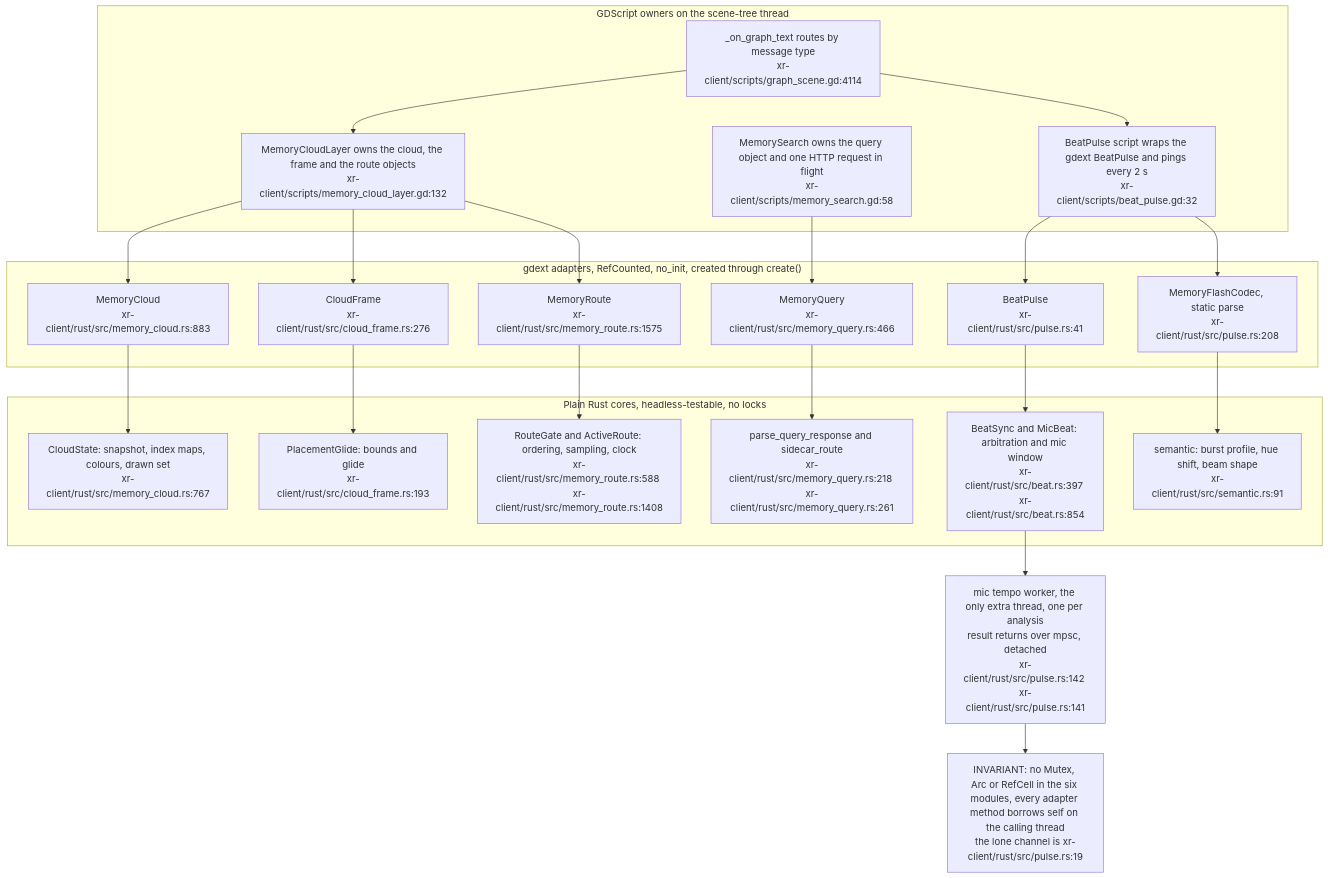
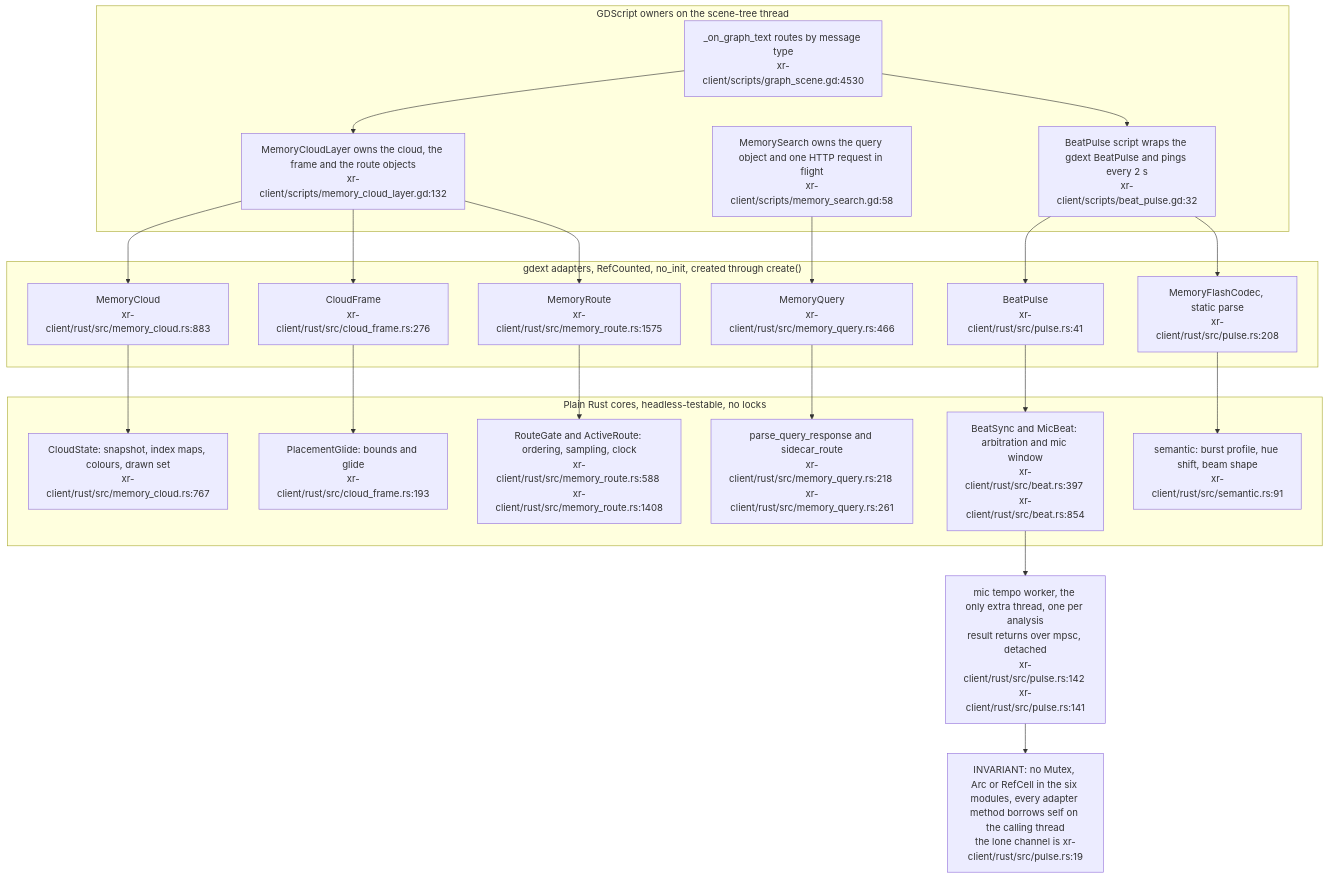
Before and after one commit to DreamLab-AI/VisionFlow: the first of 19 diagrams in docs/diagrams/visionclaw/38-xr-memory-cloud-internals.md, drawn with Mermaid. The commit also changed other lines of this file and 56 other files, not shown here.

First line of the commit message:
docs(diagrams): re-verify VisionClaw topics at ec785afa9, add VC-19/56/57 and the VisionClaw register

````diff
--- a/docs/diagrams/visionclaw/38-xr-memory-cloud-internals.md
+++ b/docs/diagrams/visionclaw/38-xr-memory-cloud-internals.md
@@ -50,43 +50,43 @@
 ```mermaid
 flowchart TB
     subgraph gd["GDScript owners on the scene-tree thread"]
-        GS["_on_graph_text routes by message type<br/>xr-client/scripts/graph_scene.gd:4114"]
+        GS["_on_graph_text routes by message type<br/>xr-client/scripts/graph_scene.gd:4530"]
         LAYER["MemoryCloudLayer owns the cloud, the frame and the route objects<br/>xr-client/scripts/memory_cloud_layer.gd:132"]
         SEARCH["MemorySearch owns the query object and one HTTP request in flight<br/>xr-client/scripts/memory_search.gd:58"]
         BEATGD["BeatPulse script wraps the gdext BeatPulse and pings every 2 s<br/>xr-client/scripts/beat_pulse.gd:32"]
     end
     subgraph cls["gdext adapters, RefCounted, no_init, created through create()"]
         MC["MemoryCloud<br/>xr-client/rust/src/memory_cloud.rs:883"]
         CF["CloudFrame<br/>xr-client/rust/src/cloud_frame.rs:276"]
         MR["MemoryRoute<br/>xr-client/rust/src/memory_route.rs:1575"]
         MQ["MemoryQuery<br/>xr-client/rust/src/memory_query.rs:466"]
         BP["BeatPulse<br/>xr-client/rust/src/pulse.rs:41"]
         FC["MemoryFlashCodec, static parse<br/>xr-client/rust/src/pulse.rs:208"]
     end
     subgraph core["Plain Rust cores, headless-testable, no locks"]
         CS["CloudState: snapshot, index maps, colours, drawn set<br/>xr-client/rust/src/memory_cloud.rs:767"]
         PG["PlacementGlide: bounds and glide<br/>xr-client/rust/src/cloud_frame.rs:193"]
         RG["RouteGate and ActiveRoute: ordering, sampling, clock<br/>xr-client/rust/src/memory_route.rs:588 xr-client/rust/src/memory_route.rs:1408"]
         QA["parse_query_response and sidecar_route<br/>xr-client/rust/src/memory_query.rs:218 xr-client/rust/src/memory_query.rs:261"]
         BS["BeatSync and MicBeat: arbitration and mic window<br/>xr-client/rust/src/beat.rs:397 xr-client/rust/src/beat.rs:854"]
         SE["semantic: burst profile, hue shift, beam shape<br/>xr-client/rust/src/semantic.rs:91"]
     end
     WORKER["mic tempo worker, the only extra thread, one per analysis<br/>result returns over mpsc, detached<br/>xr-client/rust/src/pulse.rs:142 xr-client/rust/src/pulse.rs:141"]
     GS --> LAYER
     GS --> BEATGD
     LAYER --> MC
     LAYER --> CF
     LAYER --> MR
     SEARCH --> MQ
     BEATGD --> BP
     BEATGD --> FC
     MC --> CS
     CF --> PG
     MR --> RG
     MQ --> QA
     BP --> BS
     FC --> SE
     BS --> WORKER
     INV["INVARIANT: no Mutex, Arc or RefCell in the six modules, every adapter method borrows self on the calling thread<br/>the lone channel is xr-client/rust/src/pulse.rs:19"]
     WORKER --> INV
 ```
````
